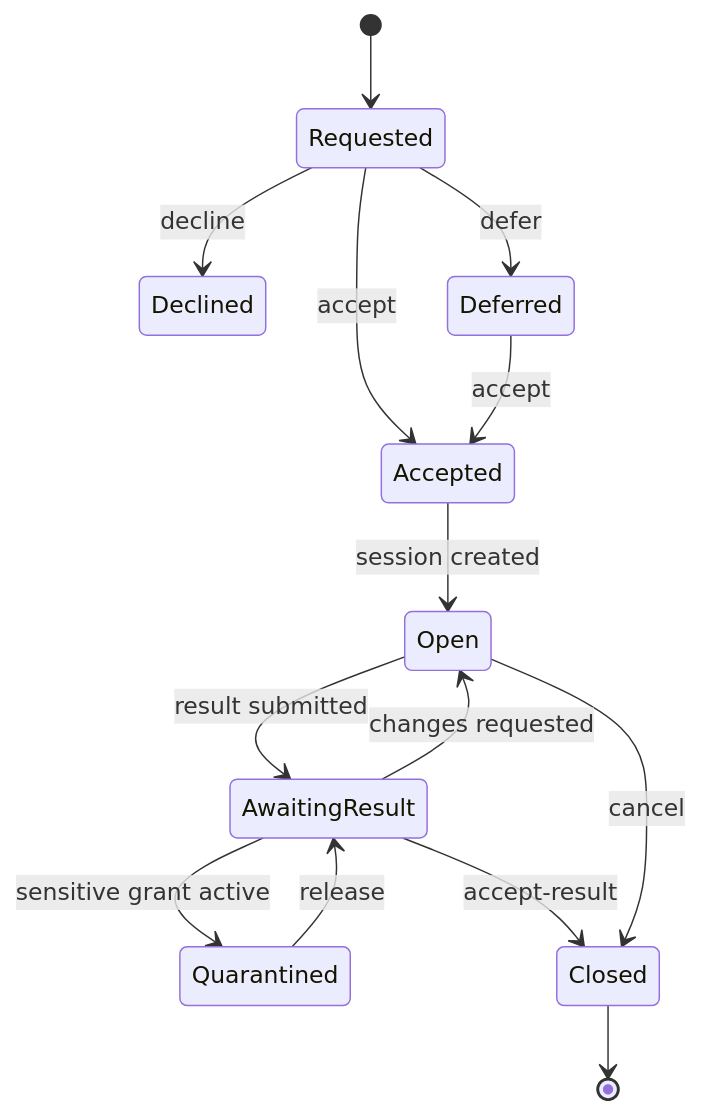
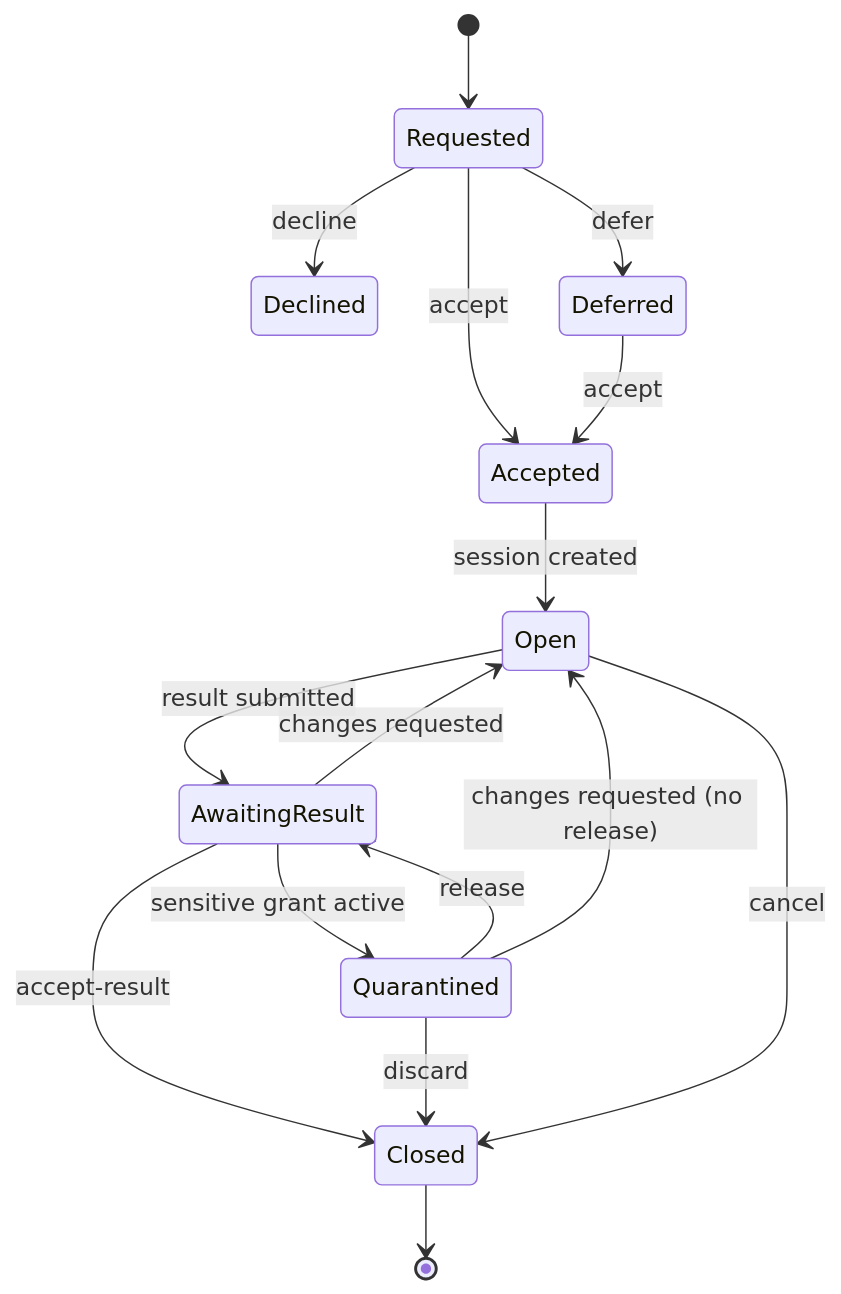
One commit to Magazem/Dorylinae-Agentnet changed the diagram in Docs/protocol/work-session.md. Above: the diagram before and after it, drawn with Mermaid. The commit also changed other lines of this file and 1 other file, not shown here.

````diff
--- a/Docs/protocol/work-session.md
+++ b/Docs/protocol/work-session.md
@@ -67,16 +68,18 @@
 ```mermaid
 stateDiagram-v2
     [*] --> Requested
     Requested --> Accepted: accept
     Requested --> Declined: decline
     Requested --> Deferred: defer
     Deferred --> Accepted: accept
     Accepted --> Open: session created
     Open --> AwaitingResult: result submitted
     AwaitingResult --> Quarantined: sensitive grant active
     Quarantined --> AwaitingResult: release
     AwaitingResult --> Closed: accept-result
     AwaitingResult --> Open: changes requested
+    Quarantined --> Closed: discard
+    Quarantined --> Open: changes requested (no release)
     Open --> Closed: cancel
     Closed --> [*]
 ```
````
